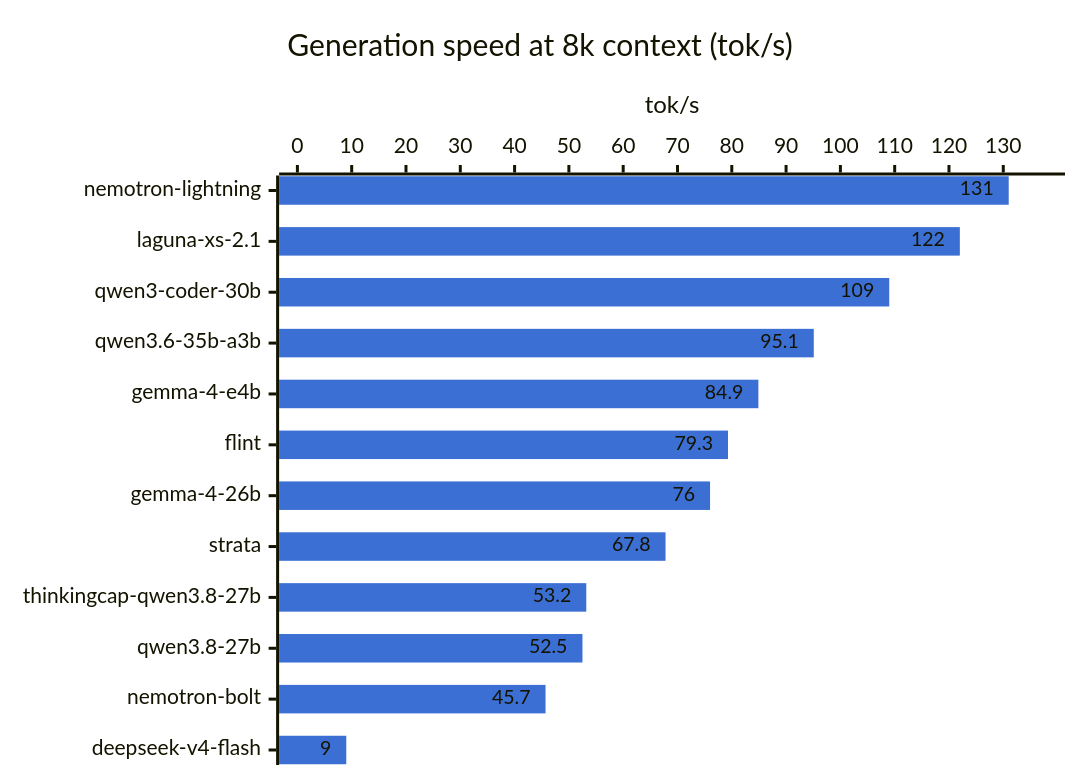
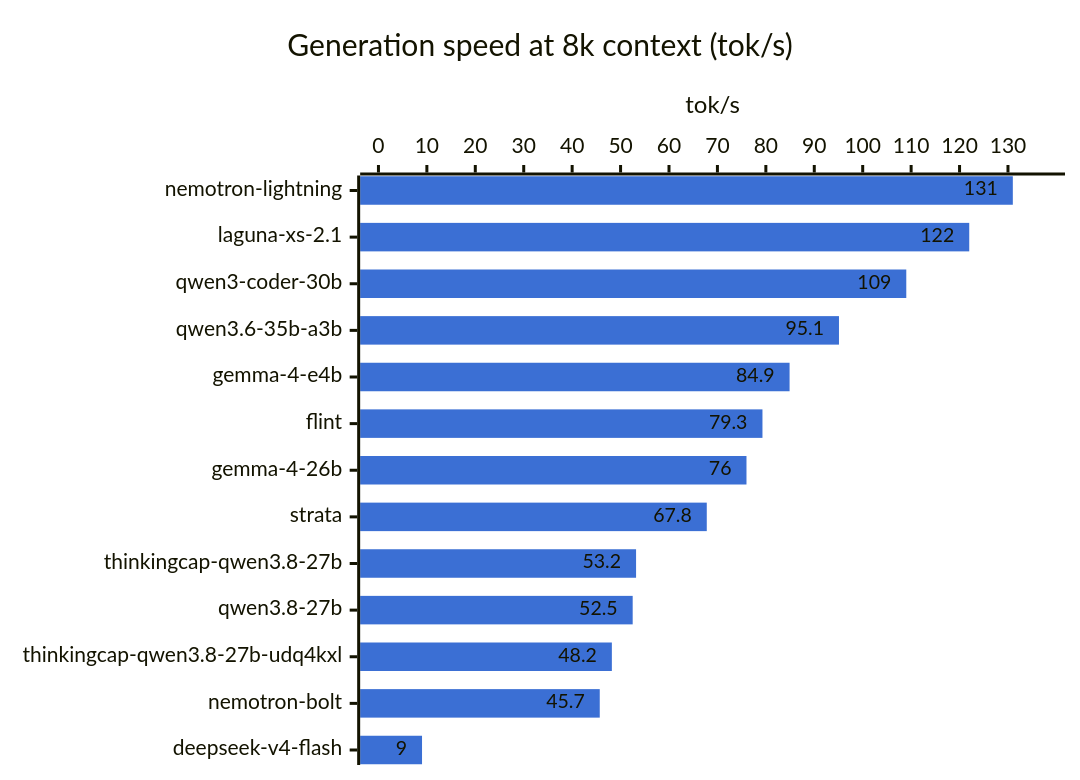
The third of 3 diagrams in RESULTS.md (hofftodd/ai-bench), drawn with Mermaid before and after one commit. The commit also changed other lines of this file and 4 other files, not shown here.

````diff
--- a/RESULTS.md
+++ b/RESULTS.md
@@ -51,8 +52,8 @@
 ```mermaid
 %%{init: {"xyChart": {"showDataLabel": true}, "themeVariables": {"xyChart": {"plotColorPalette": "#3b6fd4"}}}}%%
 xychart-beta horizontal
     title "Generation speed at 8k context (tok/s)"
-    x-axis ["nemotron-lightning", "laguna-xs-2.1", "qwen3-coder-30b", "qwen3.6-35b-a3b", "gemma-4-e4b", "flint", "gemma-4-26b", "strata", "thinkingcap-qwen3.8-27b", "qwen3.8-27b", "nemotron-bolt", "deepseek-v4-flash"]
+    x-axis ["nemotron-lightning", "laguna-xs-2.1", "qwen3-coder-30b", "qwen3.6-35b-a3b", "gemma-4-e4b", "flint", "gemma-4-26b", "strata", "thinkingcap-qwen3.8-27b", "qwen3.8-27b", "thinkingcap-qwen3.8-27b-udq4kxl", "nemotron-bolt", "deepseek-v4-flash"]
     y-axis "tok/s" 0 --> 138
-    bar [131.0, 122.0, 109.0, 95.1, 84.9, 79.3, 76.0, 67.8, 53.2, 52.5, 45.7, 9.0]
+    bar [131.0, 122.0, 109.0, 95.1, 84.9, 79.3, 76.0, 67.8, 53.2, 52.5, 48.2, 45.7, 9.0]
 ```
````
